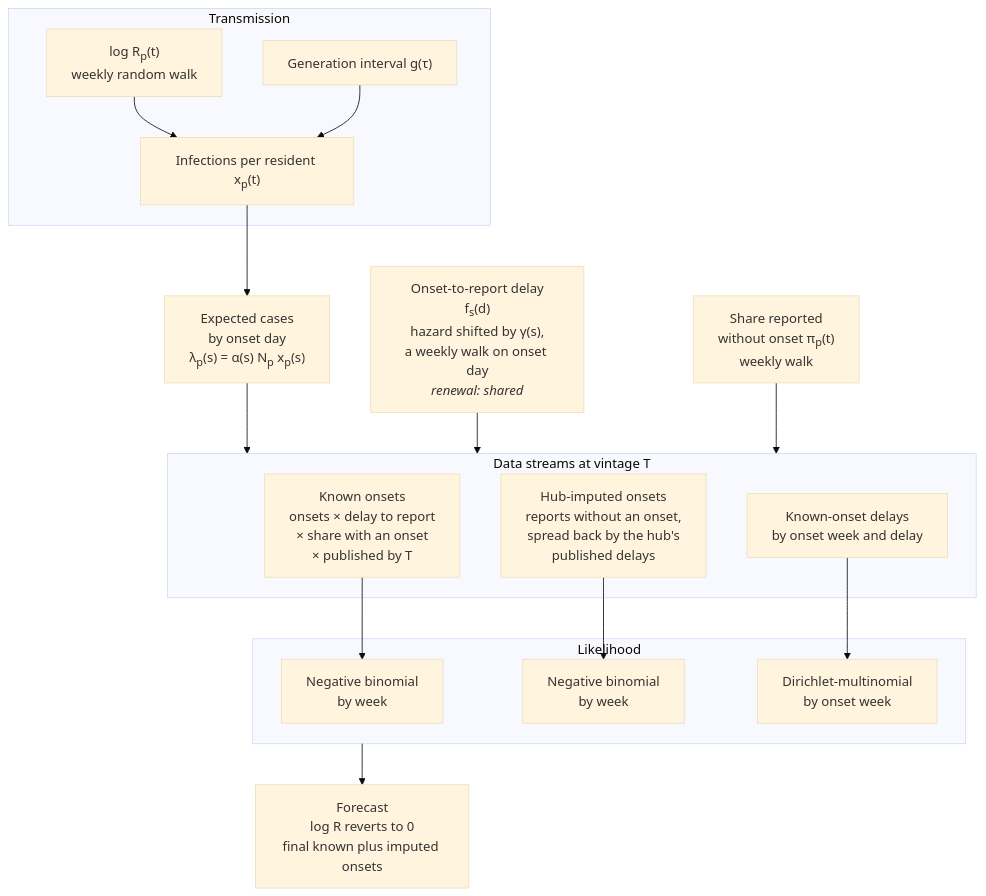
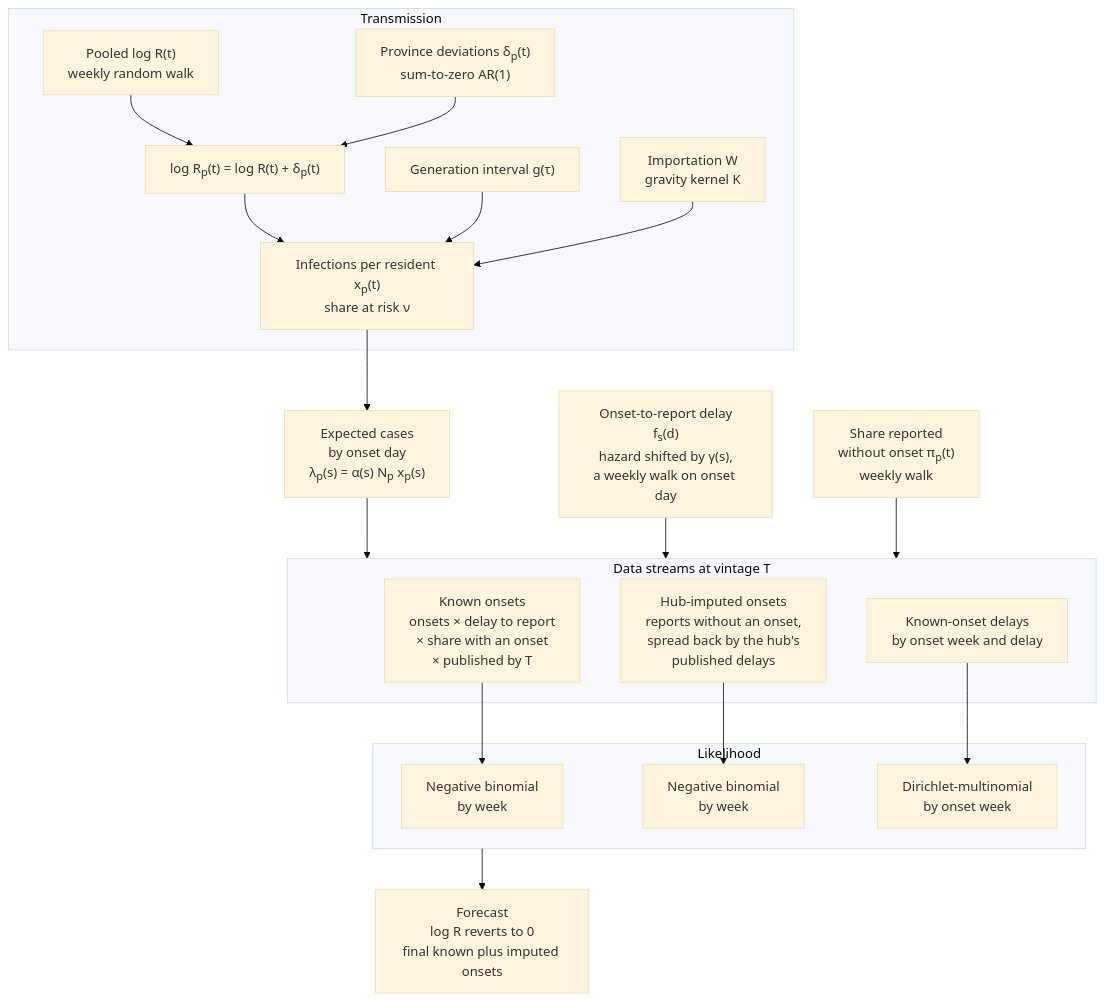
One commit to seabbs/BDBVHubRenewal changed the first of 2 diagrams in docs/methods/model.md. Above: the diagram before and after it, drawn with Mermaid (base theme). The commit also changed other lines of this file and 10 other files, not shown here.

First line of the commit message:
Describe the pooled renewal model directly in the docs

````diff
--- a/docs/methods/model.md
+++ b/docs/methods/model.md
@@ -33,33 +26,39 @@
 ```mermaid
 flowchart TD
     subgraph TR["Transmission"]
-        RT["log R<sub>p</sub>(t)<br/>weekly random walk"]
+        LR["Pooled log R(t)<br/>weekly random walk"]
+        DV["Province deviations δ<sub>p</sub>(t)<br/>sum-to-zero AR(1)"]
+        RP["log R<sub>p</sub>(t) = log R(t) + δ<sub>p</sub>(t)"]
         GI["Generation interval g(τ)"]
-        INF["Infections per resident x<sub>p</sub>(t)"]
+        W["Importation W<br/>gravity kernel K"]
+        INF["Infections per resident x<sub>p</sub>(t)<br/>share at risk ν"]
     end
     ONS["Expected cases<br/>by onset day<br/>λ<sub>p</sub>(s) = α(s) N<sub>p</sub> x<sub>p</sub>(s)"]
-    DEL["Onset-to-report delay<br/>f<sub>s</sub>(d)<br/>hazard shifted by γ(s),<br/>a weekly walk on onset day<br/><i>renewal: shared</i>"]
+    DEL["Onset-to-report delay<br/>f<sub>s</sub>(d)<br/>hazard shifted by γ(s),<br/>a weekly walk on onset day"]
     MISS["Share reported<br/>without onset π<sub>p</sub>(t)<br/>weekly walk"]
     subgraph OB["Data streams at vintage T"]
         KN["Known onsets<br/>onsets × delay to report<br/>× share with an onset<br/>× published by T"]
         IM["Hub-imputed onsets<br/>reports without an onset,<br/>spread back by the hub's<br/>published delays"]
         DC["Known-onset delays<br/>by onset week and delay"]
     end
     subgraph LK["Likelihood"]
         LKN["Negative binomial<br/>by week"]
         LKI["Negative binomial<br/>by week"]
         LKD["Dirichlet-multinomial<br/>by onset week"]
     end
     FC["Forecast<br/>log R reverts to 0<br/>final known plus imputed onsets"]
 
-    RT --> INF
+    LR --> RP
+    DV --> RP
+    RP --> INF
     GI --> INF
+    W --> INF
     INF --> ONS
     ONS --> OB
     DEL --> OB
     MISS --> OB
     KN --> LKN
     IM --> LKI
     DC --> LKD
     LK --> FC
 ```
````
